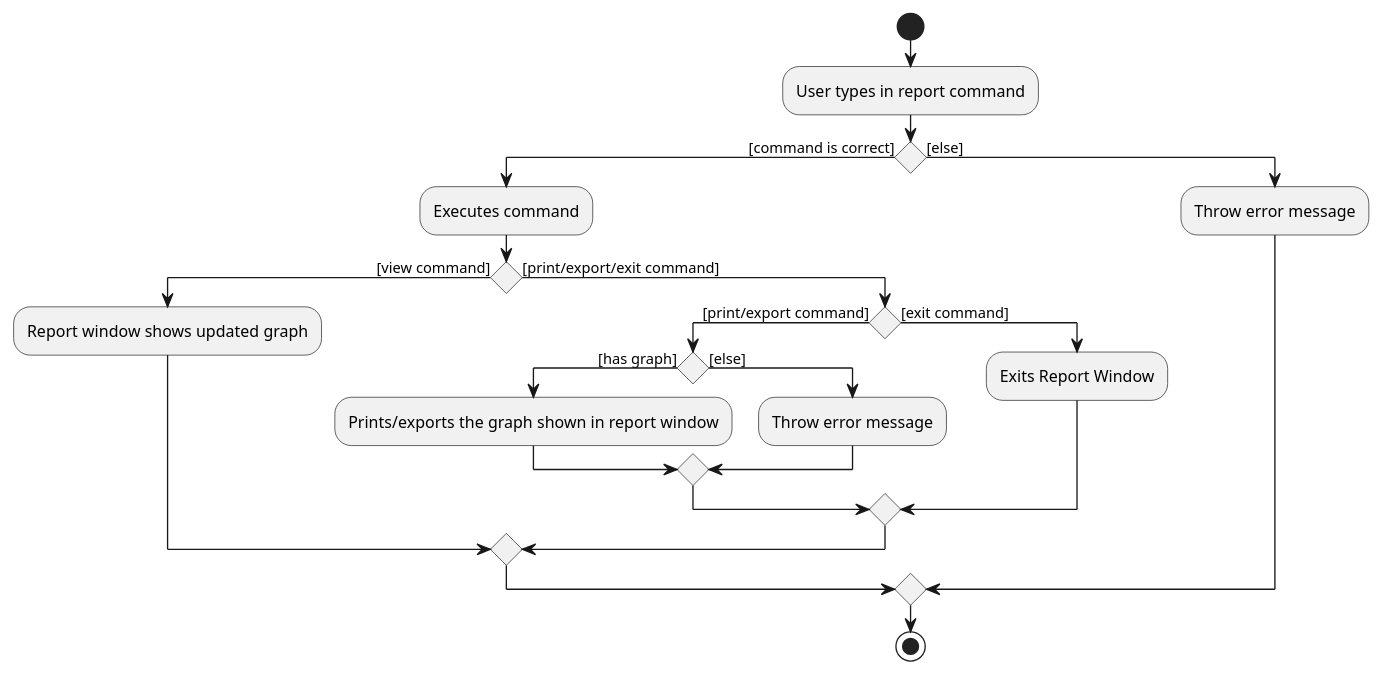
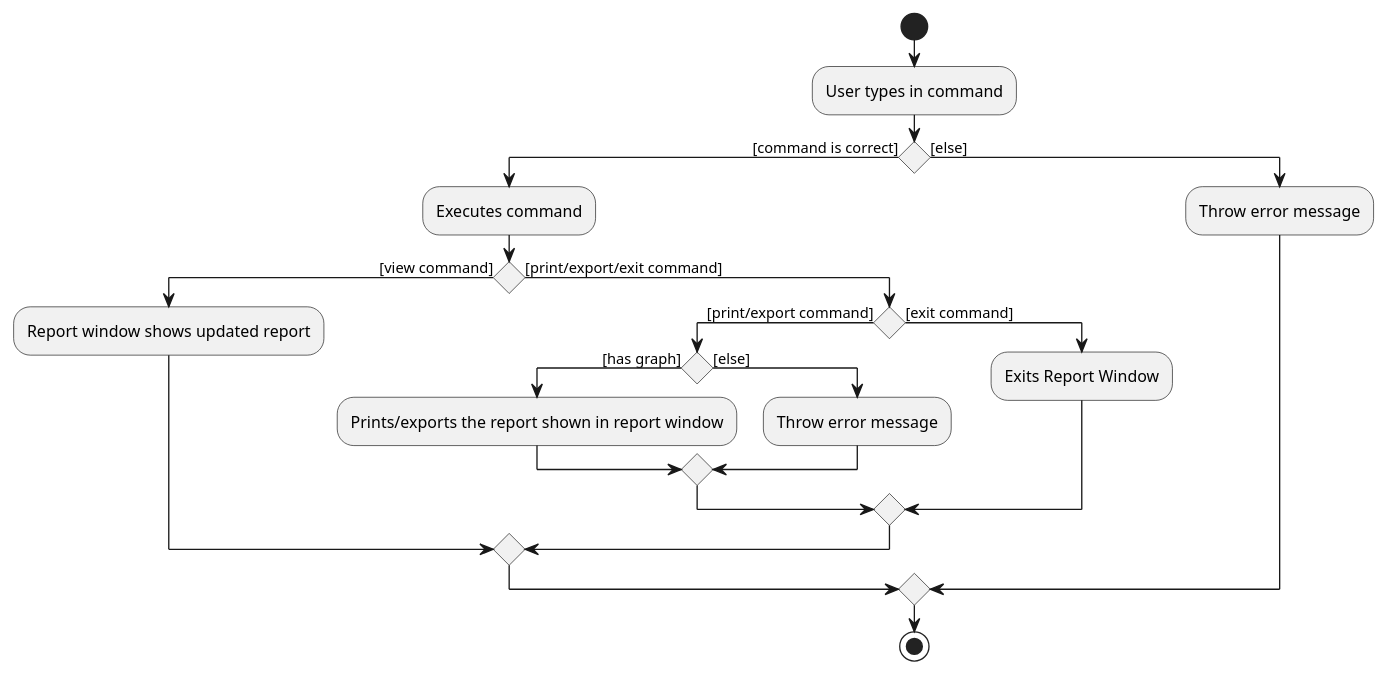
One commit to zwasd/main changed the diagram in docs/diagrams/tracing/Report(ReportWindow).puml. Above: the diagram before and after it, drawn with PlantUML. The commit also changed 3 other files, not shown here.

Commit message:
Correct activity diagram

```diff
--- a/docs/diagrams/tracing/Report(ReportWindow).puml
+++ b/docs/diagrams/tracing/Report(ReportWindow).puml
@@ -1,23 +1,23 @@
 @startuml
 start
-:User types in report command;
+:User types in command;
 if () then ([command is correct])
     :Executes command;
      if() then ([view command])
-     :Report window shows updated graph;
+     :Report window shows updated report;
      else ([print/export/exit command])
             if () then ([print/export command])
              if () then ([has graph])
-                :Prints/exports the graph shown in report window;
+                :Prints/exports the report shown in report window;
              else ([else])
                 :Throw error message;
               endif
             else ([exit command])
                  :Exits Report Window;
                 endif
       endif
 else ([else])
     :Throw error message;
 endif
 stop
 @enduml
```
